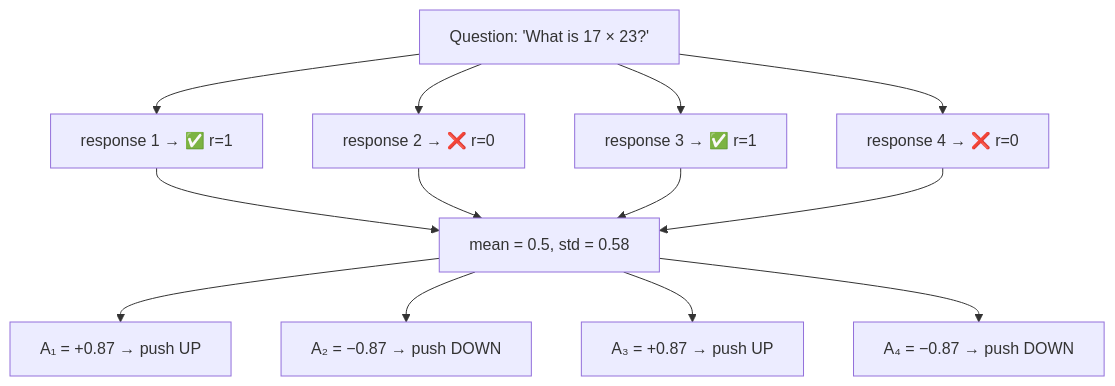
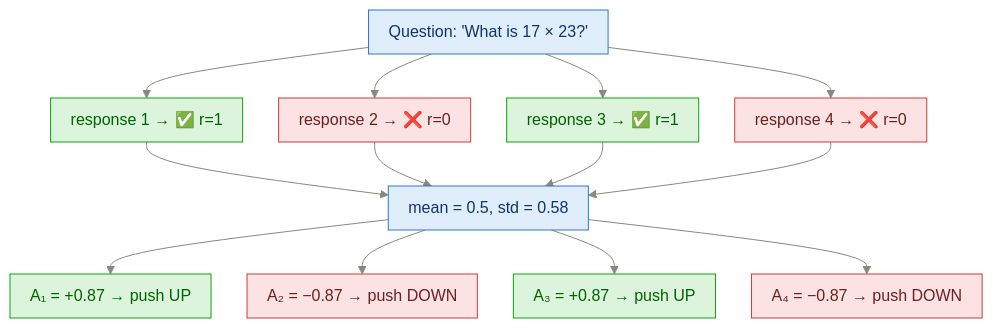
Before and after one commit to sudhanshu-shivam-dev/reasoning_model_from_scratch: the second of 4 diagrams in study_guide/ch06_grpo_reinforcement_learning.md, drawn with Mermaid. The commit also changed other lines of this file and 14 other files, not shown here.

First line of the commit message:
Restyle all 54 diagrams: consistent palette, semantic colors, better spacing

````diff
--- a/study_guide/ch06_grpo_reinforcement_learning.md
+++ b/study_guide/ch06_grpo_reinforcement_learning.md
@@ -87,12 +94,17 @@
 ```mermaid
+%%{init: {"theme":"base","themeVariables":{"primaryColor":"#e0edfb","primaryTextColor":"#0d366b","primaryBorderColor":"#2a78d6","lineColor":"#898781","textColor":"#52514e","edgeLabelBackground":"#f0efec","clusterBkg":"rgba(137,135,129,0.07)","clusterBorder":"#a9a7a0","titleColor":"#898781"},"flowchart":{"nodeSpacing":36,"rankSpacing":44,"curve":"basis","padding":10}}}%%
 flowchart TB
     Q["Question: 'What is 17 × 23?'"] --> G1["response 1 → ✅ r=1"]
     Q --> G2["response 2 → ❌ r=0"]
     Q --> G3["response 3 → ✅ r=1"]
     Q --> G4["response 4 → ❌ r=0"]
     G1 & G2 & G3 & G4 --> STAT["mean = 0.5, std = 0.58"]
     STAT --> A1["A₁ = +0.87 → push UP"]
     STAT --> A2["A₂ = −0.87 → push DOWN"]
     STAT --> A3["A₃ = +0.87 → push UP"]
     STAT --> A4["A₄ = −0.87 → push DOWN"]
+    classDef good fill:#dcf3dc,stroke:#0ca30c,color:#006300
+    classDef bad fill:#fbe3e3,stroke:#d03b3b,color:#6d1f1f
+    class G1,G3,A1,A3 good
+    class G2,G4,A2,A4 bad
 ```
````
